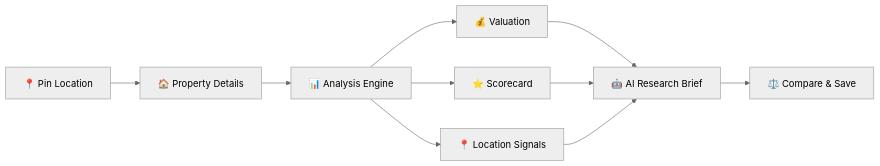
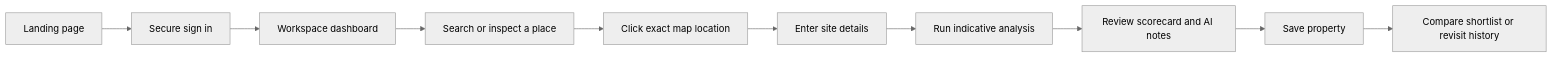
Before and after one commit to Iyyappan-S/propwise-ai: the first of 2 diagrams in README.md, drawn with Mermaid (neutral theme). The commit also changed other lines of this file and 178 other files, not shown here.

````diff
--- a/README.md
+++ b/README.md
@@ -56,12 +39,12 @@
 ```mermaid
 flowchart LR
-    A[📍 Pin Location] --> B[🏠 Property Details]
-    B --> C[📊 Analysis Engine]
-    C --> D[💰 Valuation]
-    C --> E[⭐ Scorecard]
-    C --> F[📍 Location Signals]
-    D --> G[🤖 AI Research Brief]
-    E --> G
-    F --> G
-    G --> H[⚖️ Compare & Save]
+    A[Landing page] --> B[Secure sign in]
+    B --> C[Workspace dashboard]
+    C --> D[Search or inspect a place]
+    D --> E[Click exact map location]
+    E --> F[Enter site details]
+    F --> G[Run indicative analysis]
+    G --> H[Review scorecard and AI notes]
+    H --> I[Save property]
+    I --> J[Compare shortlist or revisit history]
 ```
````
